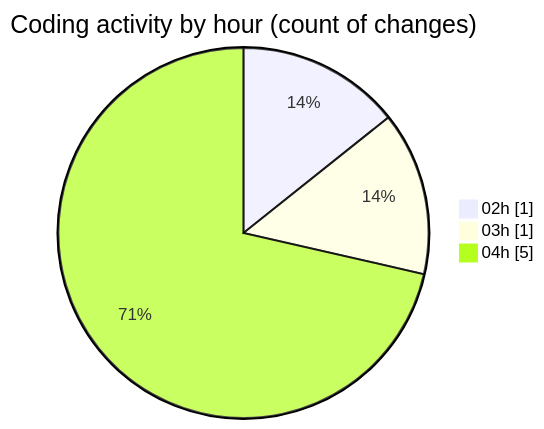
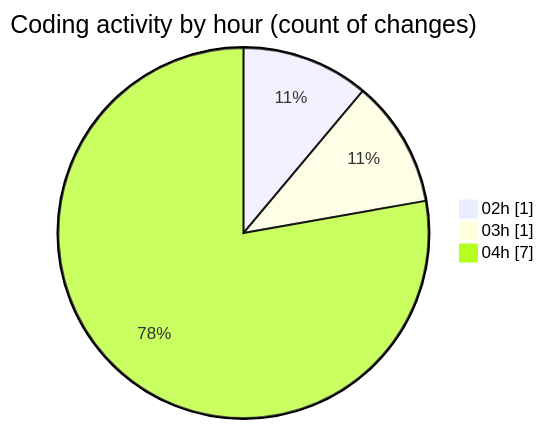
The second of 2 diagrams in 2025-10-31/cdp_aleoudev_fr__workspace_/README.md (julien-gomy/code-tracking), drawn with Mermaid before and after one commit. The commit also changed other lines of this file and 1 other file, not shown here.

````diff
--- a/2025-10-31/cdp_aleoudev_fr__workspace_/README.md
+++ b/2025-10-31/cdp_aleoudev_fr__workspace_/README.md
@@ -29,7 +29,7 @@
 ```mermaid
 pie showData
 title Coding activity by hour (count of changes)
 "02h" : 1
 "03h" : 1
-"04h" : 5
+"04h" : 7
 ```
````
